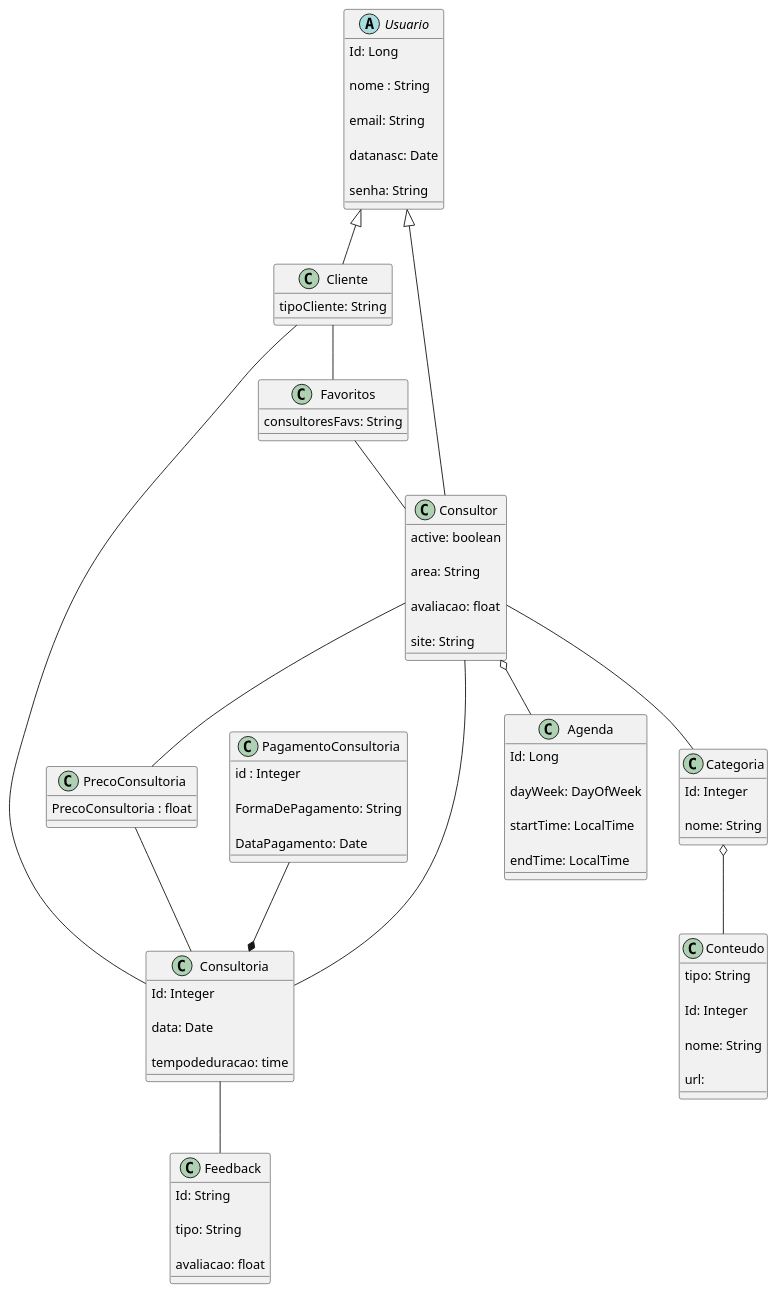
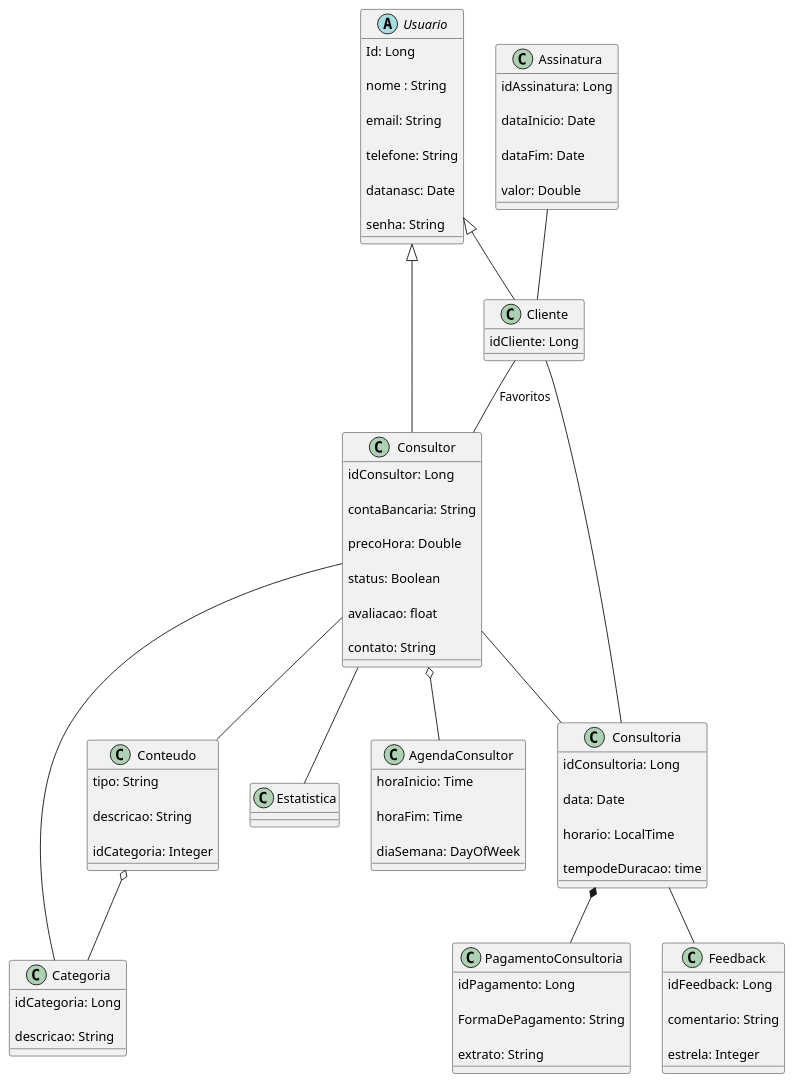
The diagram in docs/modeloConceitual/modConceitual.puml (camycamyha/projetoEngSoftware), drawn with PlantUML before and after one commit. The commit also changed 1 other file, not shown here.

```diff
--- a/docs/modeloConceitual/modConceitual.puml
+++ b/docs/modeloConceitual/modConceitual.puml
@@ -1,158 +1,158 @@
 @startuml "Modelo Conceitual"
 
 abstract class Usuario {
 
     Id: Long
 
     nome : String
 
     email: String
 
+    telefone: String
+
     datanasc: Date
 
     senha: String
 
- 
 
-}  
+}
 
  
 
 class Consultor {
 
-    active: boolean
+    idConsultor: Long
 
-    area: String
+    contaBancaria: String 
+
+    precoHora: Double
+
+    status: Boolean
 
     avaliacao: float 
 
-    site: String
+    contato: String
 
 }
 
  
 
 class Cliente {
 
-    tipoCliente: String
+    idCliente: Long
 
 }
 
 
 
- class Favoritos {
+ class AgendaConsultor {
 
-    consultoresFavs: String
+    horaInicio: Time
+
+    horaFim: Time
+
+    diaSemana: DayOfWeek
+
 
 }
 
- 
 
 
 class Consultoria{
 
-    Id: Integer
+    idConsultoria: Long
 
     data: Date
 
-    tempodeduracao: time
+    horario: LocalTime
+
+    tempodeDuracao: time
 
 }
 
  
 
  class PagamentoConsultoria {
   
-   id : Integer
+   idPagamento: Long
 
    FormaDePagamento: String
 
-   DataPagamento: Date
+   extrato: String
 }
 
-class PrecoConsultoria{
-
-   PrecoConsultoria : float
-
-}
  
 
-class Agenda {
+ class Assinatura{
 
-    Id: Long
+     idAssinatura: Long
 
-    dayWeek: DayOfWeek
+     dataInicio: Date
 
-    startTime: LocalTime
+     dataFim: Date
 
-    endTime: LocalTime
-
-   
-
-}
+     valor: Double
+ }
 
  
 
 Class Categoria{
 
-    Id: Integer
+    idCategoria: Long
 
-    nome: String
+    descricao: String
 
 }
 
  
 
 Class Conteudo{
 
   tipo: String
 
-  Id: Integer
+  descricao: String
 
-  nome: String 
-
-  url: 
+  idCategoria: Integer
 
 }
 
 Class Feedback{
 
-    Id: String
+    idFeedback: Long
 
-    tipo: String
+    comentario: String
 
-    avaliacao: float
+    estrela: Integer
 
 }
 
  
 
- 
-Cliente -- Favoritos
+Consultor --|> Usuario
 
-Favoritos -- Consultor
+Usuario <|-- Cliente 
+
+Cliente -- Consultor : Favoritos
+
+Consultor o-- AgendaConsultor
+
+Consultor -- Estatistica
 
 Consultor -- Categoria
 
-Categoria o-- Conteudo
+Consultor -- Conteudo
 
-Consultor --|> Usuario
+Conteudo o-- Categoria
 
-Usuario <|-- Cliente
+Consultor -- Consultoria
 
-Consultoria --Feedback
+Consultoria -- Feedback
+
+Consultoria *-- PagamentoConsultoria
+
+Assinatura -- Cliente
 
 Cliente -- Consultoria
 
-Consultoria -- Consultor
-
-Consultor o-- Agenda
-
-PagamentoConsultoria --* Consultoria
-
-PrecoConsultoria -- Consultoria
-
-Consultor -- PrecoConsultoria
-
 
 @enduml
```
